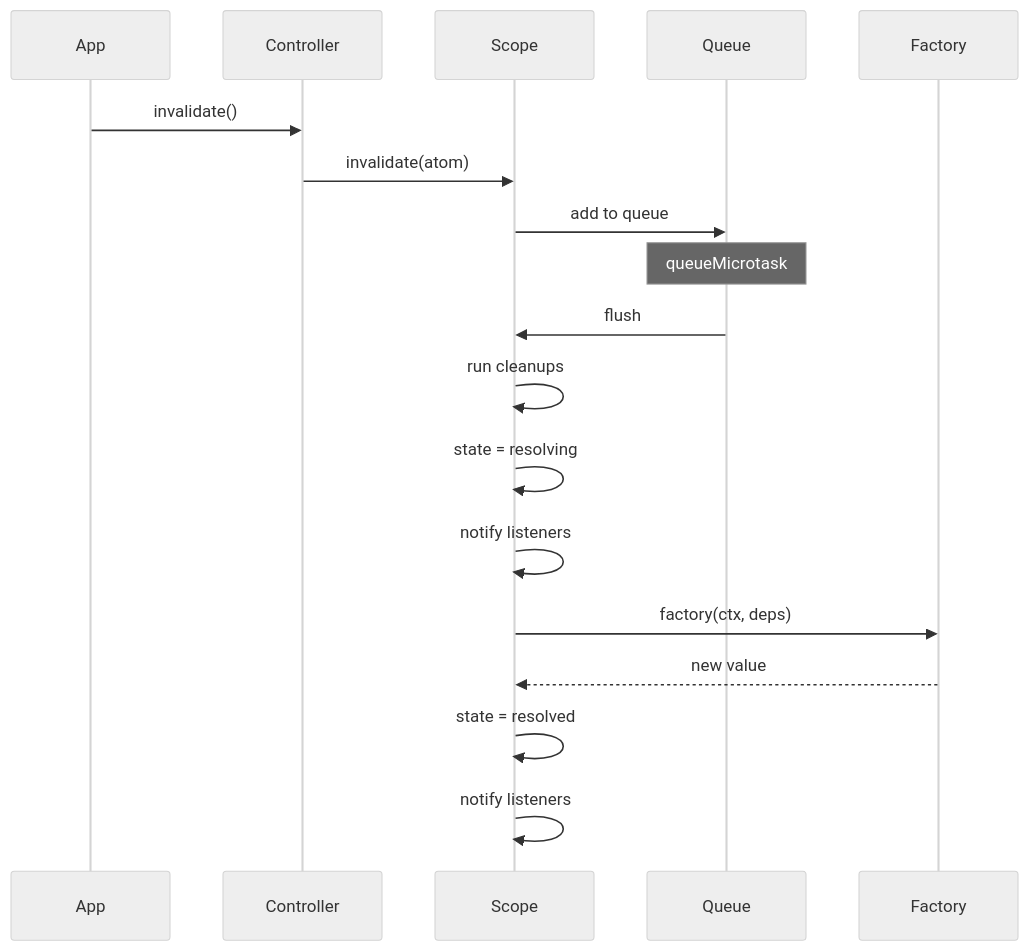
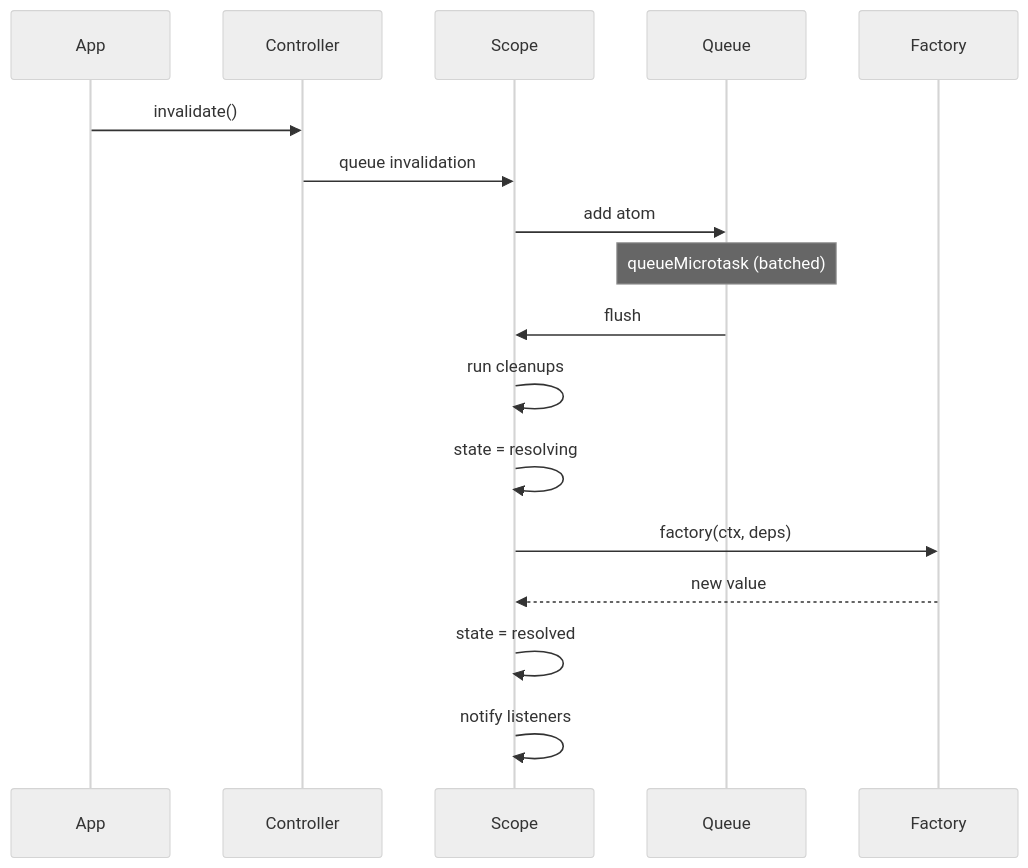
Before and after one commit to pumped-fn/pumped-fn: the third of 3 diagrams in packages/lite/README.md, drawn with Mermaid (neutral theme). The commit also changed other lines of this file, not shown here.

````diff
--- a/packages/lite/README.md
+++ b/packages/lite/README.md
@@ -81,23 +126,22 @@
 ```mermaid
 sequenceDiagram
     participant App
     participant Controller
     participant Scope
     participant Queue
     participant Factory
 
     App->>Controller: invalidate()
-    Controller->>Scope: invalidate(atom)
-    Scope->>Queue: add to queue
+    Controller->>Scope: queue invalidation
+    Scope->>Queue: add atom
 
-    Note over Queue: queueMicrotask
+    Note over Queue: queueMicrotask (batched)
 
     Queue->>Scope: flush
     Scope->>Scope: run cleanups
     Scope->>Scope: state = resolving
-    Scope->>Scope: notify listeners
     Scope->>Factory: factory(ctx, deps)
     Factory-->>Scope: new value
     Scope->>Scope: state = resolved
     Scope->>Scope: notify listeners
 ```
````
